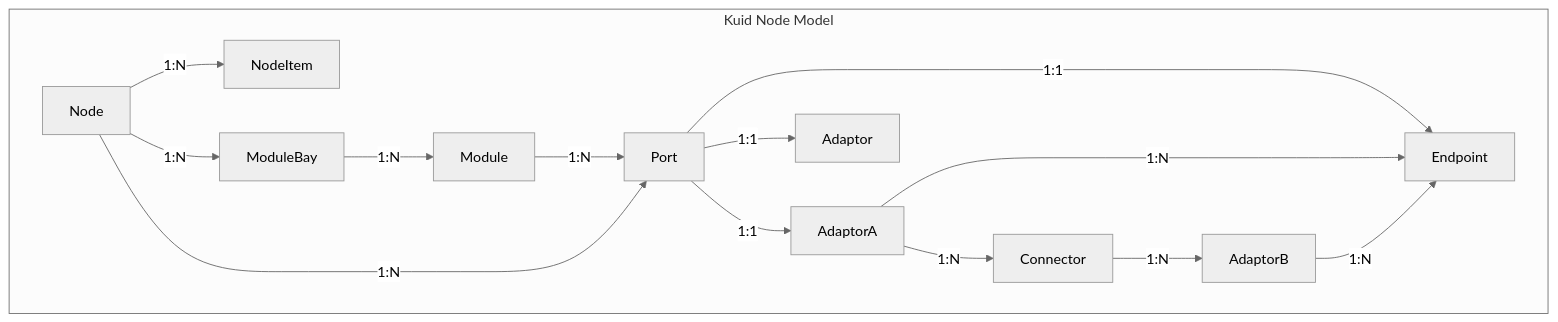
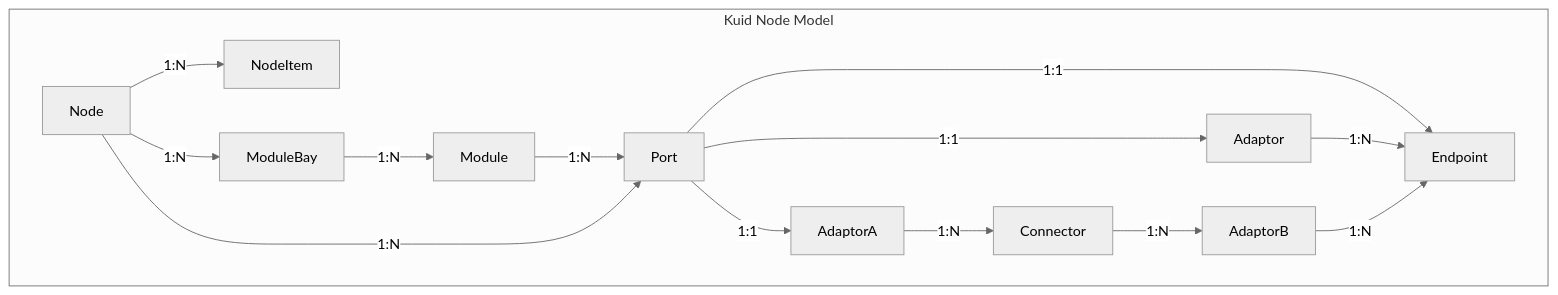
The second of 3 diagrams in docs/02-resources/02-inventory/01_about.md (kuidio/docs), drawn with Mermaid (neutral theme) before and after one commit.

Commit message:
update inventory with satellite model

````diff
--- a/docs/02-resources/02-inventory/01_about.md
+++ b/docs/02-resources/02-inventory/01_about.md
@@ -38,25 +38,26 @@
 ```mermaid
 graph TD;
     subgraph "Kuid Node Model"
         Node
         NodeItem;
         ModuleBay;
         Module;
         Port;
         Connector;
+        Adaptor;
         AdaptorA;
         AdaptorB;
         Node --> |1:N| NodeItem;
         Node --> |1:N| ModuleBay;
         ModuleBay --> |1:N| Module;
         Module --> |1:N| Port;
         Node --> |1:N| Port;
         Port --> |1:1| Endpoint;
+        Port --> |1:1| Adaptor;
+        Adaptor --> |1:N| Endpoint;
         Port --> |1:1| AdaptorA;
-        AdaptorA --> |1:N| Endpoint;
-        Port --> |1:1| Adaptor;
         AdaptorA --> |1:N| Connector;
         Connector --> |1:N| AdaptorB;
         AdaptorB --> |1:N| Endpoint;
     end
 ```
````
